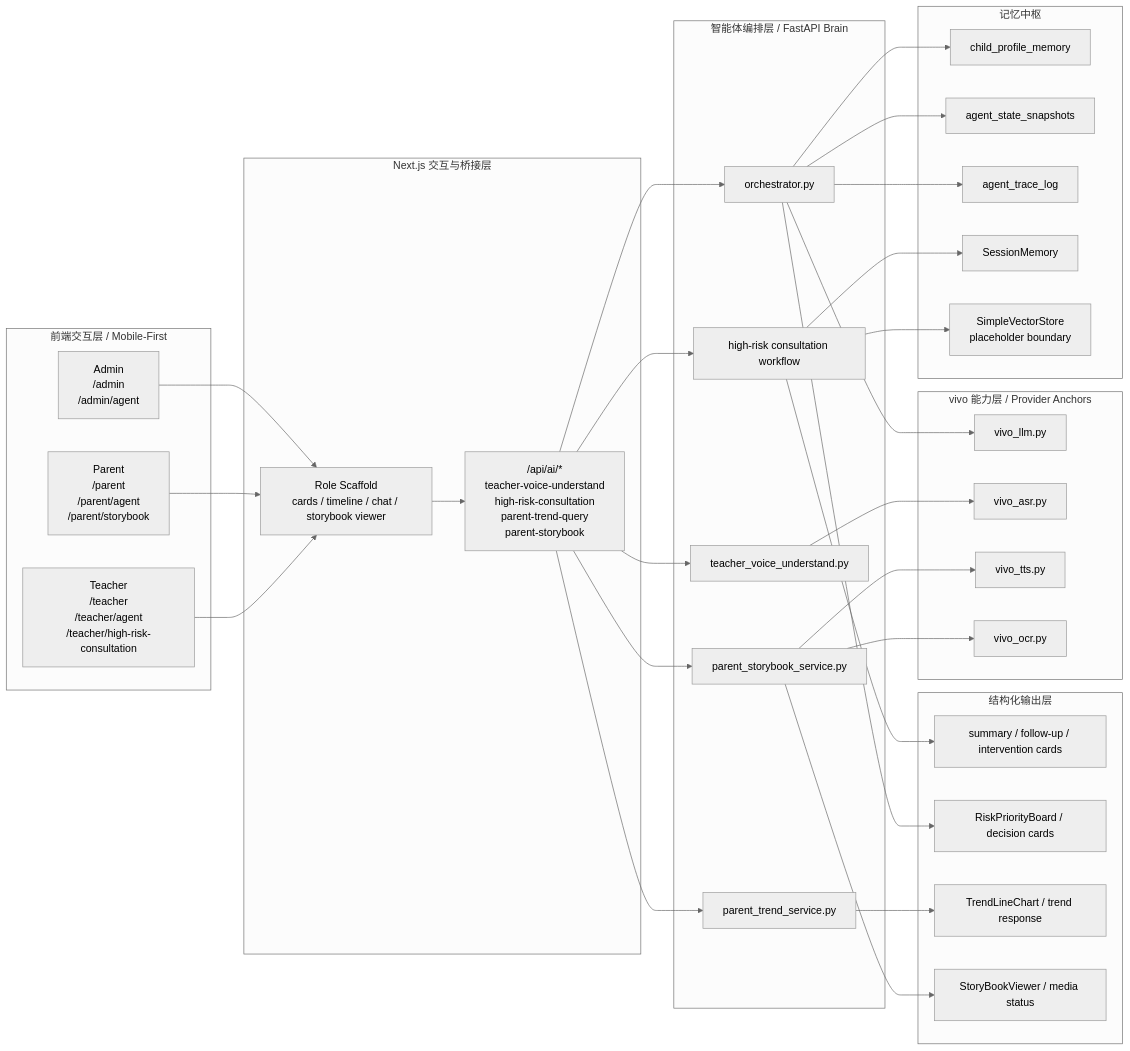
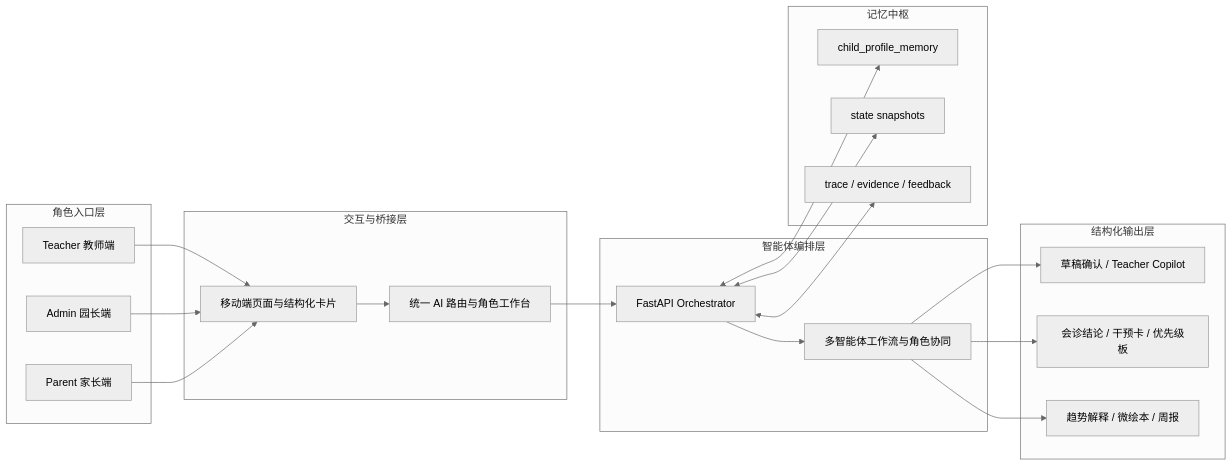
Before and after one commit to VictorMaxWang/smartchildcare-agent: the first of 6 diagrams in README.md, drawn with Mermaid (neutral theme). The commit also changed other lines of this file and 66 other files, not shown here.

````diff
--- a/README.md
+++ b/README.md
@@ -46,66 +34,41 @@
 ```mermaid
 flowchart LR
-  subgraph A["前端交互层 / Mobile-First"]
-    T["Teacher<br/>/teacher<br/>/teacher/agent<br/>/teacher/high-risk-consultation"]
-    P["Parent<br/>/parent<br/>/parent/agent<br/>/parent/storybook"]
-    D["Admin<br/>/admin<br/>/admin/agent"]
+  subgraph A["角色入口层"]
+    T["Teacher 教师端"]
+    D["Admin 园长端"]
+    P["Parent 家长端"]
   end
 
-  subgraph B["Next.js 交互与桥接层"]
-    UI["Role Scaffold<br/>cards / timeline / chat / storybook viewer"]
-    API["/api/ai/*<br/>teacher-voice-understand<br/>high-risk-consultation<br/>parent-trend-query<br/>parent-storybook"]
+  subgraph B["交互与桥接层"]
+    UI["移动端页面与结构化卡片"]
+    API["统一 AI 路由与角色工作台"]
   end
 
-  subgraph C["智能体编排层 / FastAPI Brain"]
-    ORCH["orchestrator.py"]
-    TV["teacher_voice_understand.py"]
-    HC["high-risk consultation workflow"]
-    PT["parent_trend_service.py"]
-    PS["parent_storybook_service.py"]
+  subgraph C["智能体编排层"]
+    ORCH["FastAPI Orchestrator"]
+    AG["多智能体工作流与角色协同"]
   end
 
-  subgraph D1["记忆中枢"]
+  subgraph M["记忆中枢"]
     MEM["child_profile_memory"]
-    SNAP["agent_state_snapshots"]
-    TRACE["agent_trace_log"]
-    SESSION["SessionMemory"]
-    VECTOR["SimpleVectorStore<br/>placeholder boundary"]
+    SNAP["state snapshots"]
+    TRACE["trace / evidence / feedback"]
   end
 
-  subgraph E["vivo 能力层 / Provider Anchors"]
-    VLLM["vivo_llm.py"]
-    VASR["vivo_asr.py"]
-    VTTS["vivo_tts.py"]
-    VOCR["vivo_ocr.py"]
-  end
-
-  subgraph F["结构化输出层"]
-    OUT1["summary / follow-up / intervention cards"]
-    OUT2["RiskPriorityBoard / decision cards"]
-    OUT3["TrendLineChart / trend response"]
-    OUT4["StoryBookViewer / media status"]
+  subgraph O["结构化输出层"]
+    O1["草稿确认 / Teacher Copilot"]
+    O2["会诊结论 / 干预卡 / 优先级板"]
+    O3["趋势解释 / 微绘本 / 周报"]
   end
 
   T --> UI
+  D --> UI
   P --> UI
-  D --> UI
-  UI --> API
-  API --> ORCH
-  API --> TV
-  API --> HC
-  API --> PT
-  API --> PS
-  ORCH --> MEM
-  ORCH --> SNAP
-  ORCH --> TRACE
-  HC --> SESSION
-  HC --> VECTOR
-  TV --> VASR
-  ORCH --> VLLM
-  PS --> VTTS
-  PS --> VOCR
-  HC --> OUT1
-  ORCH --> OUT2
-  PT --> OUT3
-  PS --> OUT4
+  UI --> API --> ORCH --> AG
+  ORCH <--> MEM
+  ORCH <--> SNAP
+  ORCH <--> TRACE
+  AG --> O1
+  AG --> O2
+  AG --> O3
 ```
````
